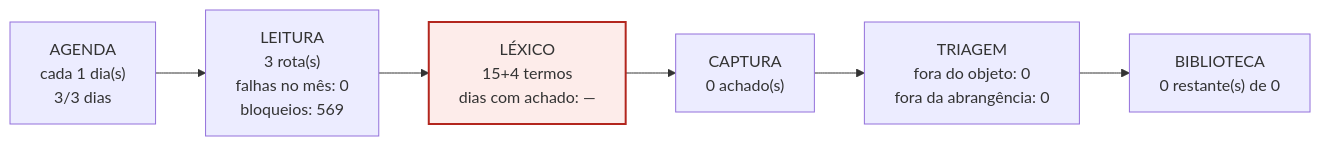
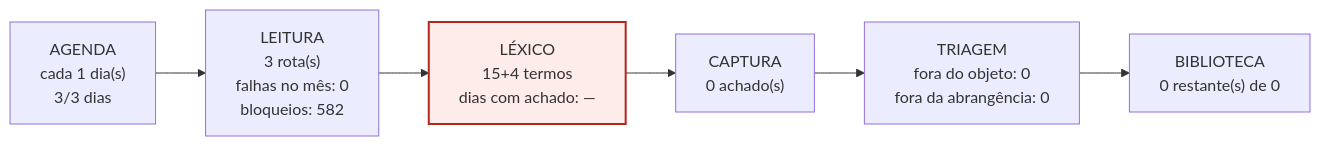
One commit to amcjardimamerica-arch/Eldorado changed diagram 23 of 30 in biblioteca_alexandria/pareceres/RELATORIO-MOTORES-INDIVIDUAL-2026-09-24.md. Above: the diagram before and after it, drawn with Mermaid. The commit also changed other lines of this file and 10 other files, not shown here.

````diff
--- a/biblioteca_alexandria/pareceres/RELATORIO-MOTORES-INDIVIDUAL-2026-09-24.md
+++ b/biblioteca_alexandria/pareceres/RELATORIO-MOTORES-INDIVIDUAL-2026-09-24.md
@@ -869,11 +869,11 @@
 ```mermaid
 flowchart LR
   A["AGENDA<br/>cada 1 dia(s)<br/>3/3 dias"]
-  L["LEITURA<br/>3 rota(s)<br/>falhas no mês: 0<br/>bloqueios: 569"]
+  L["LEITURA<br/>3 rota(s)<br/>falhas no mês: 0<br/>bloqueios: 582"]
   X["LÉXICO<br/>15+4 termos<br/>dias com achado: —"]
   C["CAPTURA<br/>0 achado(s)"]
   T["TRIAGEM<br/>fora do objeto: 0<br/>fora da abrangência: 0"]
   B["BIBLIOTECA<br/>0 restante(s) de 0"]
   A --> L --> X --> C --> T --> B
   style X fill:#FDECEA,stroke:#B3261E,stroke-width:2px
 ```
````
